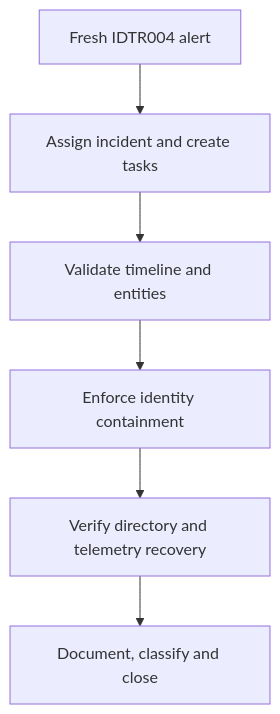
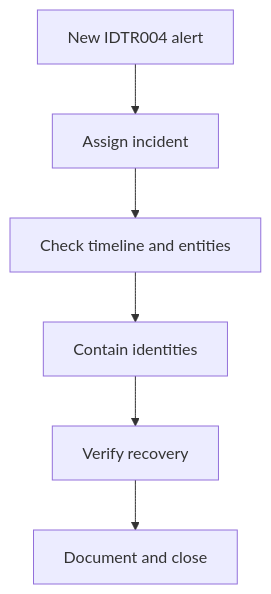
One commit to danielbeltran26/microsoft-identity-threat-detection-response changed the diagram in docs/Investigation-Containment-and-Recovery.md. Above: the diagram before and after it, drawn with Mermaid. The commit also changed 6 other files, not shown here.

Commit message:
Improve diagram readability and embed detection evidence

````diff
--- a/docs/Investigation-Containment-and-Recovery.md
+++ b/docs/Investigation-Containment-and-Recovery.md
@@ -16,8 +16,8 @@
 ```mermaid
-flowchart TD
-    A["Fresh IDTR004 alert"] --> B["Assign incident and create tasks"]
-    B --> C["Validate timeline and entities"]
-    C --> D["Enforce identity containment"]
-    D --> E["Verify directory and telemetry recovery"]
-    E --> F["Document, classify and close"]
+flowchart TB
+    ALERT["New IDTR004 alert"] --> ASSIGN["Assign incident"]
+    ASSIGN --> CHECK["Check timeline and entities"]
+    CHECK --> CONTAIN["Contain identities"]
+    CONTAIN --> RECOVER["Verify recovery"]
+    RECOVER --> CLOSE["Document and close"]
 ```
````
